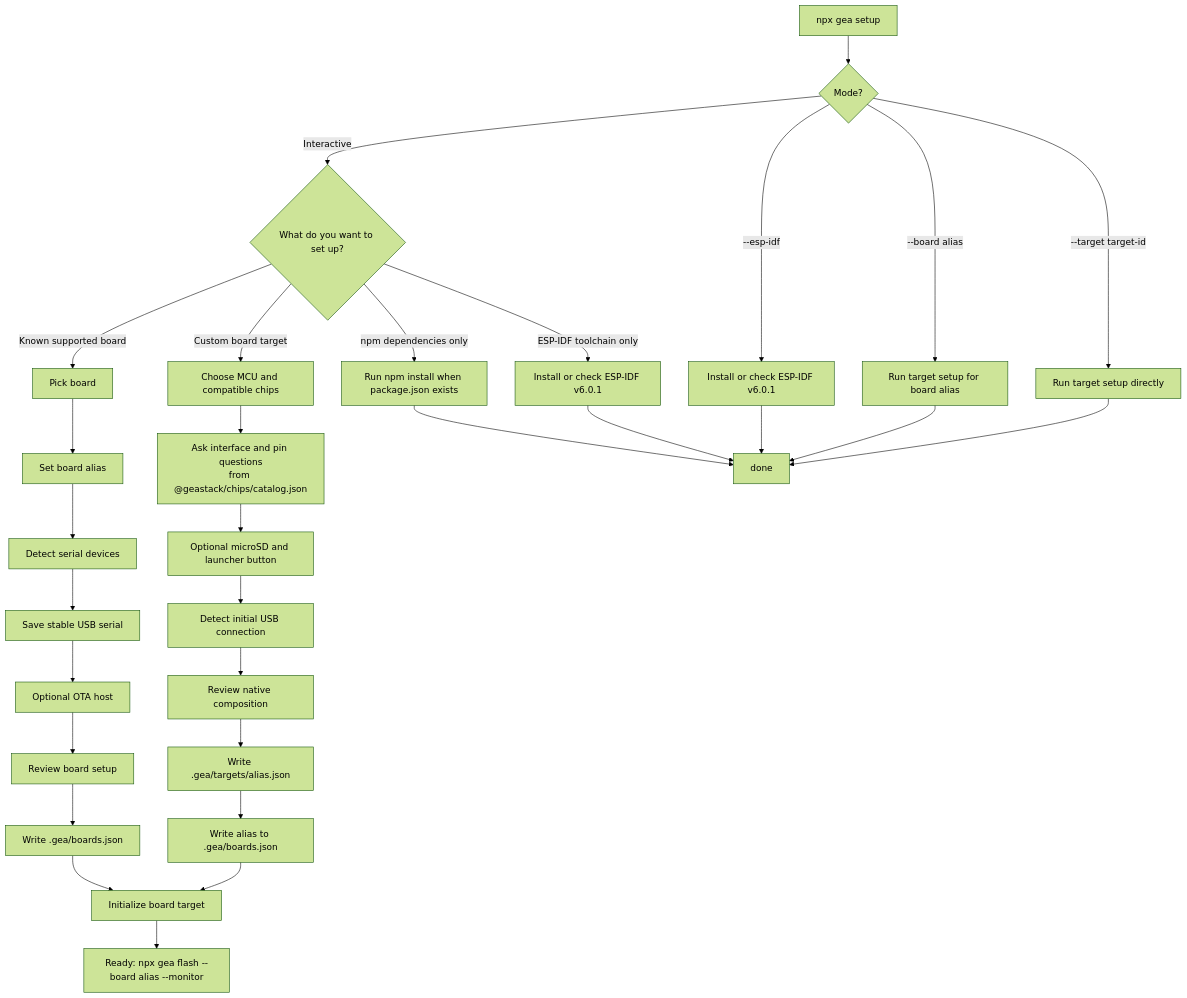
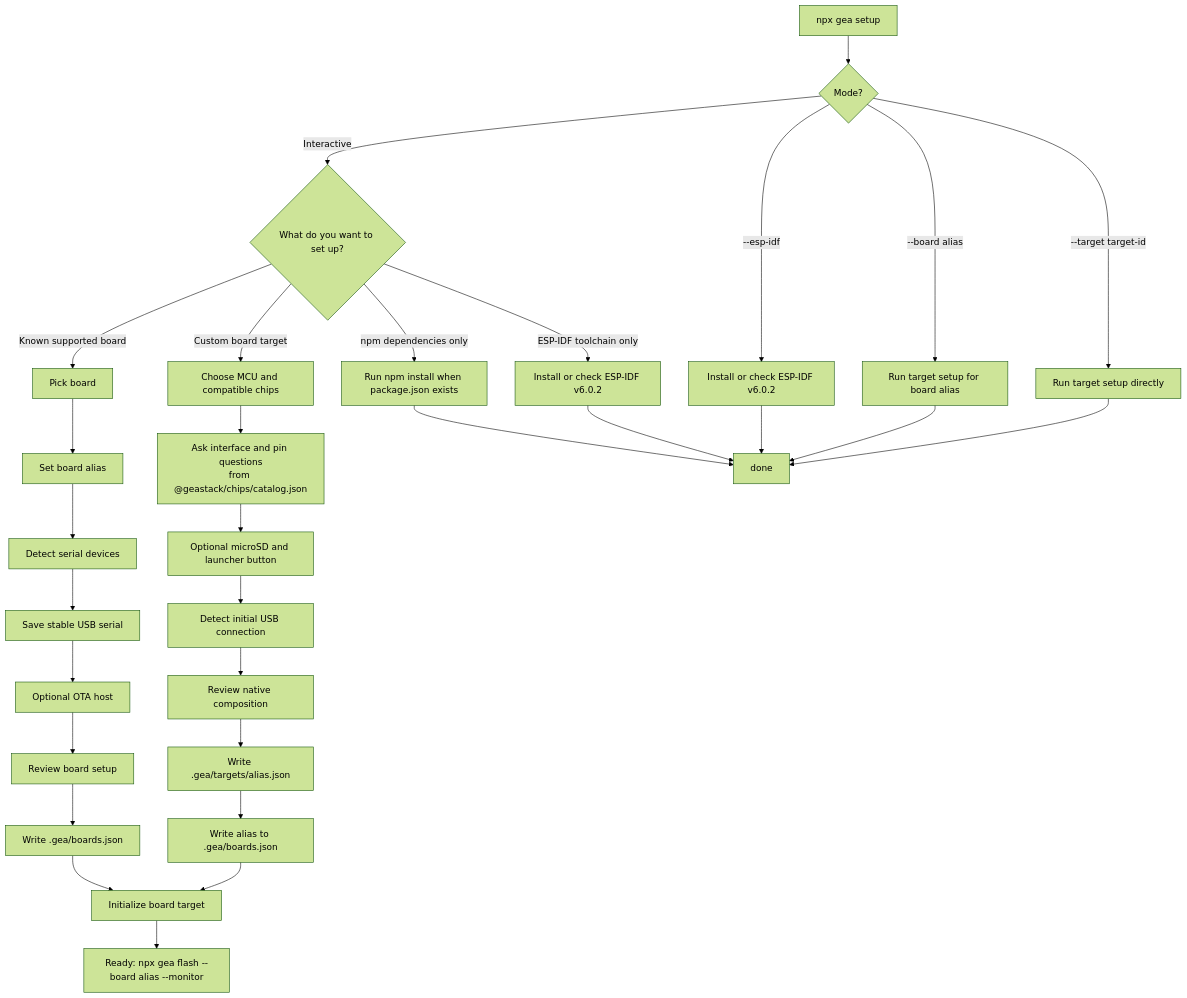
Before and after one commit to geastack/cli: the second of 2 diagrams in README.md, drawn with Mermaid (forest theme). The commit also changed 8 other files, not shown here.

First line of the commit message:
setup: target ESP-IDF v6.0.2, or the latest stable release, never a stale pin

````diff
--- a/README.md
+++ b/README.md
@@ -59,38 +59,38 @@
 ```mermaid
 flowchart TD
   setup["npx gea setup"] --> mode{"Mode?"}
 
-  mode -->|"--esp-idf"| directIdf["Install or check ESP-IDF v6.0.1"]
+  mode -->|"--esp-idf"| directIdf["Install or check ESP-IDF v6.0.2"]
   mode -->|"--board alias"| directBoard["Run target setup for board alias"]
   mode -->|"--target target-id"| directTarget["Run target setup directly"]
 
   mode -->|"Interactive"| interactive{"What do you want to set up?"}
 
   interactive -->|"Known supported board"| knownBoard["Pick board"]
   knownBoard --> alias["Set board alias"]
   alias --> serial["Detect serial devices"]
   serial --> saveSerial["Save stable USB serial"]
   saveSerial --> ota["Optional OTA host"]
   ota --> reviewKnown["Review board setup"]
   reviewKnown --> writeKnown["Write .gea/boards.json"]
 
   interactive -->|"Custom board target"| custom["Choose MCU and compatible chips"]
   custom --> chipConfig["Ask interface and pin questions<br/>from @geastack/chips/catalog.json"]
   chipConfig --> features["Optional microSD and launcher button"]
   features --> connection["Detect initial USB connection"]
   connection --> reviewCustom["Review native composition"]
   reviewCustom --> writeProfile["Write .gea/targets/alias.json"]
   writeProfile --> writeCustomAlias["Write alias to .gea/boards.json"]
 
   interactive -->|"npm dependencies only"| npmInstall["Run npm install when package.json exists"]
-  interactive -->|"ESP-IDF toolchain only"| idfOnly["Install or check ESP-IDF v6.0.1"]
+  interactive -->|"ESP-IDF toolchain only"| idfOnly["Install or check ESP-IDF v6.0.2"]
 
   writeKnown --> initialize["Initialize board target"]
   writeCustomAlias --> initialize
   initialize --> ready["Ready: npx gea flash --board alias --monitor"]
   npmInstall --> done
   idfOnly --> done
   directIdf --> done
   directBoard --> done
   directTarget --> done
 ```
````
